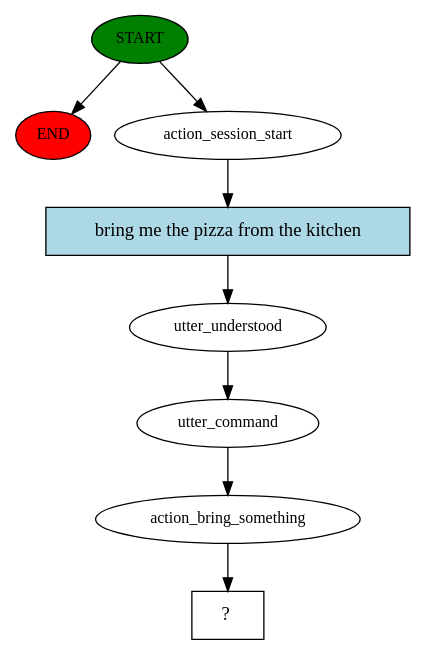
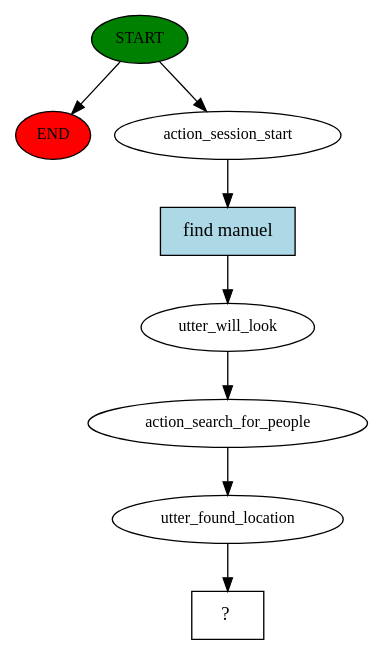
The diagram in rasa/story_graph.dot (RoBorregos/robocup-home), drawn with Graphviz before and after one commit. The commit also changed 12 other files, not shown here.

```diff
--- a/rasa/story_graph.dot
+++ b/rasa/story_graph.dot
@@ -1,17 +1,17 @@
 digraph  {
 0 [class="start active", fillcolor=green, fontsize=12, label=START, style=filled];
 "-1" [class=end, fillcolor=red, fontsize=12, label=END, style=filled];
 1 [class=active, fontsize=12, label=action_session_start];
-2 [class=active, fontsize=12, label=utter_understood];
-3 [class=active, fontsize=12, label=utter_command];
-4 [class=active, fontsize=12, label=action_bring_something];
+2 [class=active, fontsize=12, label=utter_will_look];
+3 [class=active, fontsize=12, label=action_search_for_people];
+4 [class=active, fontsize=12, label=utter_found_location];
 5 [class="intent dashed active", label="  ?  ", shape=rect];
-6 [class="intent active", fillcolor=lightblue, label="bring me the pizza from the kitchen", shape=rect, style=filled];
+6 [class="intent active", fillcolor=lightblue, label="find manuel", shape=rect, style=filled];
 0 -> "-1"  [class="", key=NONE, label=""];
 0 -> 1  [class=active, key=NONE, label=""];
 1 -> 6  [class=active, key=0];
 2 -> 3  [class=active, key=NONE, label=""];
 3 -> 4  [class=active, key=NONE, label=""];
 4 -> 5  [class=active, key=NONE, label=""];
 6 -> 2  [class=active, key=0];
 }
```
